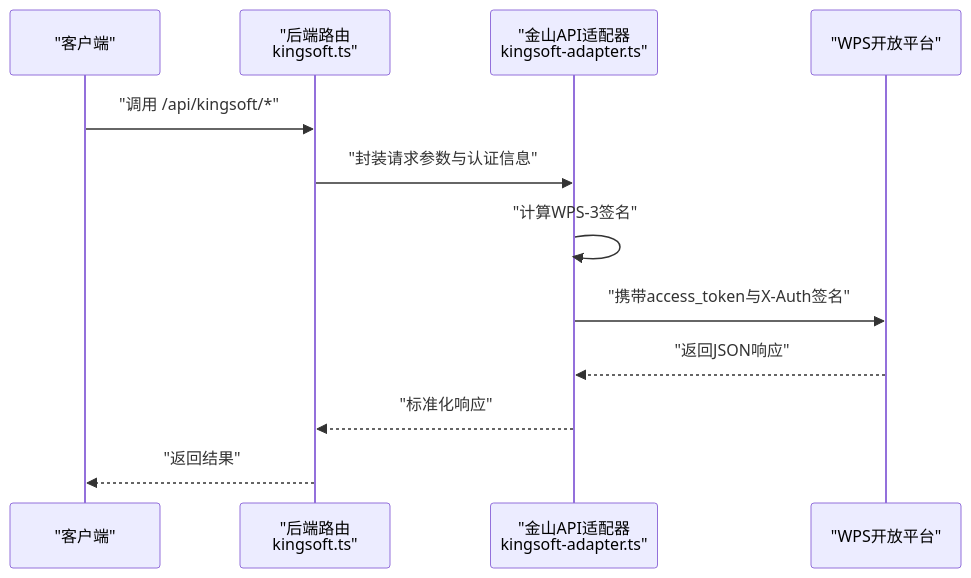
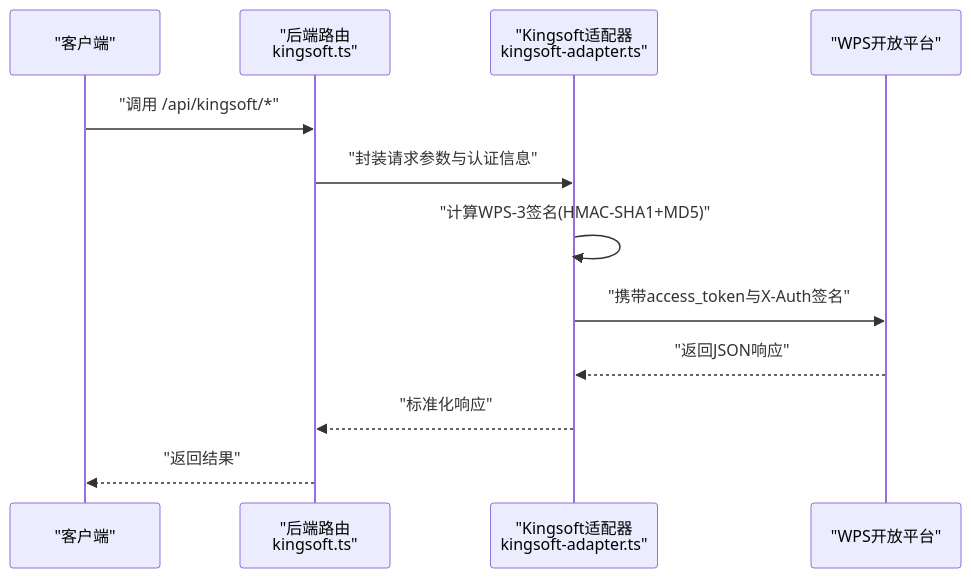
The second of 7 diagrams in .qoder/repowiki/zh/content/验证引擎/金山API集成.md (Ren-chao02/wps_dbsheet_examination_system), drawn with Mermaid before and after one commit. The commit also changed other lines of this file and 64 other files, not shown here.

````diff
--- a/.qoder/repowiki/zh/content/验证引擎/金山API集成.md
+++ b/.qoder/repowiki/zh/content/验证引擎/金山API集成.md
@@ -85,14 +99,14 @@
 ```mermaid
 sequenceDiagram
 participant Client as "客户端"
 participant Route as "后端路由<br/>kingsoft.ts"
-participant Adapter as "金山API适配器<br/>kingsoft-adapter.ts"
+participant Adapter as "Kingsoft适配器<br/>kingsoft-adapter.ts"
 participant WPS as "WPS开放平台"
 Client->>Route : "调用 /api/kingsoft/*"
 Route->>Adapter : "封装请求参数与认证信息"
-Adapter->>Adapter : "计算WPS-3签名"
+Adapter->>Adapter : "计算WPS-3签名(HMAC-SHA1+MD5)"
 Adapter->>WPS : "携带access_token与X-Auth签名"
 WPS-->>Adapter : "返回JSON响应"
 Adapter-->>Route : "标准化响应"
 Route-->>Client : "返回结果"
 ```
````
